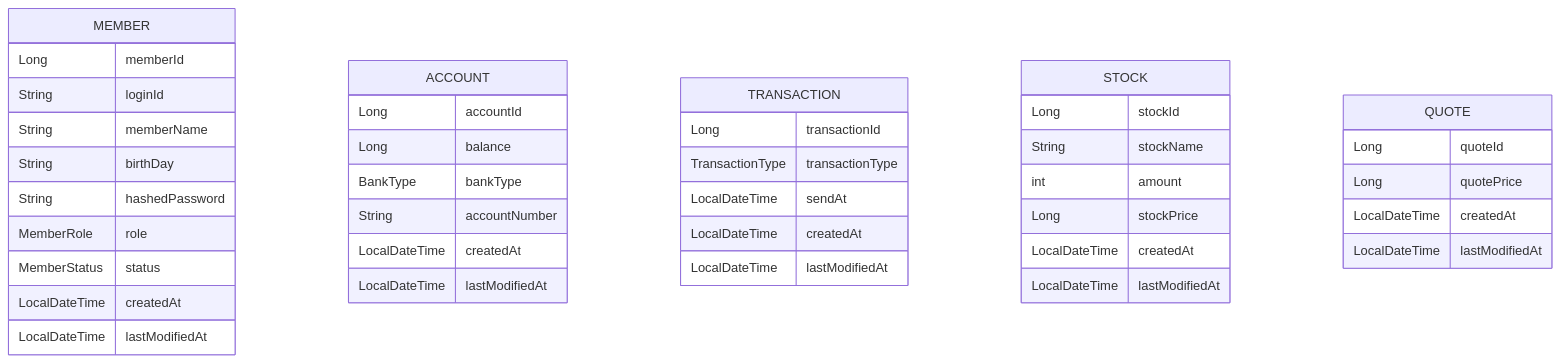
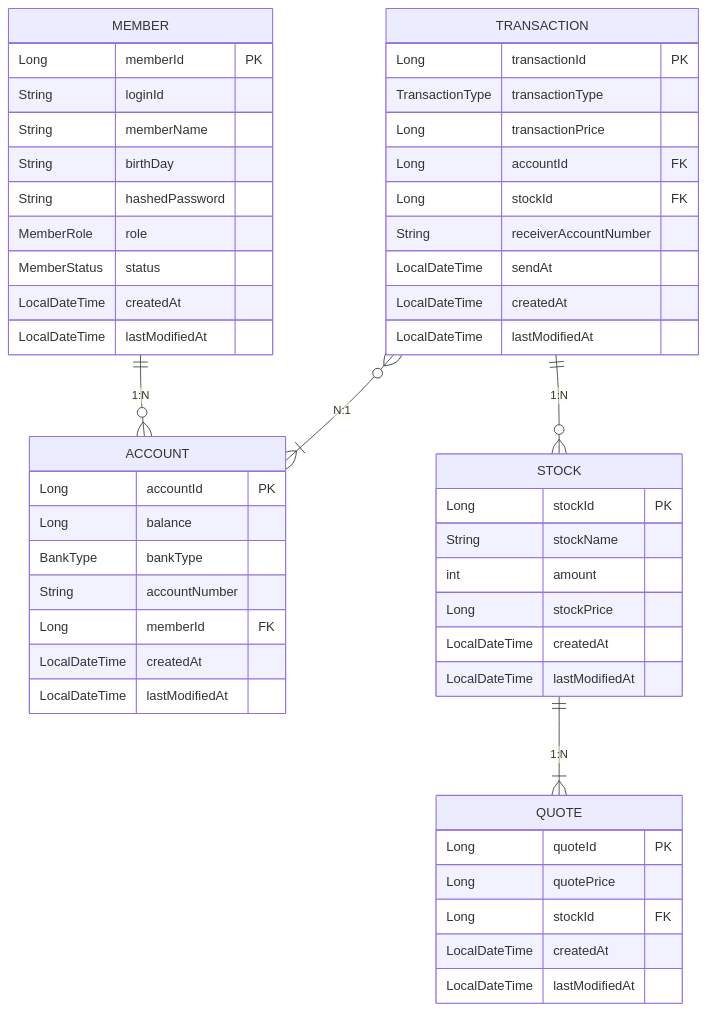
Before and after one commit to jongwanra/toss-server-batch: the diagram in README.md, drawn with Mermaid.

Commit message:
update ERD in Read.md

````diff
--- a/README.md
+++ b/README.md
@@ -10,48 +10,58 @@
 ```mermaid
 erDiagram
-    
+    MEMBER ||--o{ ACCOUNT : "1:N"
     MEMBER {
-        Long memberId
+        Long memberId PK
         String loginId
         String memberName
         String birthDay
         String hashedPassword
         MemberRole role
         MemberStatus status
         LocalDateTime createdAt
         LocalDateTime lastModifiedAt
     }
     
+%%    ACCOUNT ||--o{ TRANSACTION : "1:N"
     ACCOUNT {
-        Long accountId
+        Long accountId PK
         Long balance
         BankType bankType
         String accountNumber
+        Long memberId FK
         LocalDateTime createdAt
         LocalDateTime lastModifiedAt
     }
-        
+    
+    TRANSACTION ||--o{ STOCK : "1:N"
+    TRANSACTION }o--|{ ACCOUNT: "N:1"
     TRANSACTION {
-        Long transactionId
+        Long transactionId PK
         TransactionType transactionType
+        Long transactionPrice
+        Long accountId FK
+        Long stockId FK
+        String receiverAccountNumber
         LocalDateTime sendAt
         LocalDateTime createdAt
         LocalDateTime lastModifiedAt
         
     }
+    STOCK ||--|{ QUOTE : "1:N"
     STOCK {
-        Long stockId
+        Long stockId PK
         String stockName
         int amount
         Long stockPrice
         LocalDateTime createdAt
         LocalDateTime lastModifiedAt
     }
     QUOTE {
-        Long quoteId
+        Long quoteId PK
         Long quotePrice
+        Long stockId FK
         LocalDateTime createdAt
         LocalDateTime lastModifiedAt
     }
 
 ```
````
